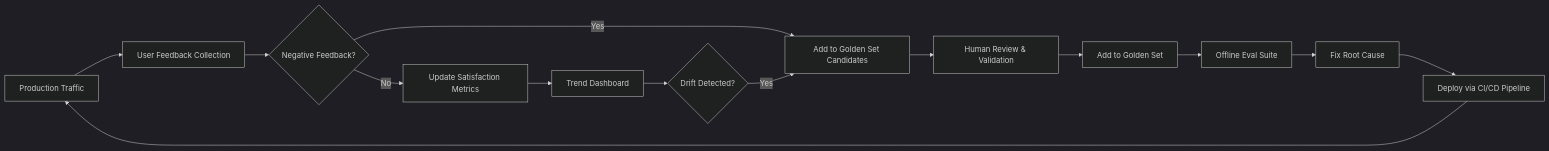
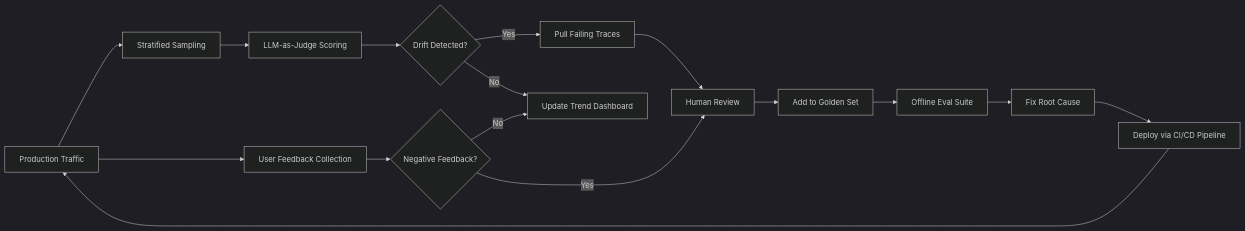
One commit to psssnikhil/learn-ai-engineering changed the diagram in docs/production/module-19-llm-evaluation-quality/lessons/06-production-monitoring-and-alerts.md. Above: the diagram before and after it, drawn with Mermaid (dark theme). The commit also changed other lines of this file and 37 other files, not shown here.

````diff
--- a/docs/production/module-19-llm-evaluation-quality/lessons/06-production-monitoring-and-alerts.md
+++ b/docs/production/module-19-llm-evaluation-quality/lessons/06-production-monitoring-and-alerts.md
@@ -145,16 +616,18 @@
 ```mermaid
 flowchart LR
-    A[Production Traffic] --> B[User Feedback Collection]
-    B --> C{Negative Feedback?}
-    C -->|Yes| D[Add to Golden Set Candidates]
-    C -->|No| E[Update Satisfaction Metrics]
-    D --> F[Human Review & Validation]
-    F --> G[Add to Golden Set]
-    G --> H[Offline Eval Suite]
-    H --> I[Fix Root Cause]
-    I --> J[Deploy via CI/CD Pipeline]
-    J --> A
-    E --> K[Trend Dashboard]
-    K --> L{Drift Detected?}
-    L -->|Yes| D
+    A[Production Traffic] --> B[Stratified Sampling]
+    B --> C[LLM-as-Judge Scoring]
+    C --> D{Drift Detected?}
+    D -->|Yes| E[Pull Failing Traces]
+    D -->|No| F[Update Trend Dashboard]
+    E --> G[Human Review]
+    G --> H[Add to Golden Set]
+    H --> I[Offline Eval Suite]
+    I --> J[Fix Root Cause]
+    J --> K[Deploy via CI/CD Pipeline]
+    K --> A
+    A --> L[User Feedback Collection]
+    L --> M{Negative Feedback?}
+    M -->|Yes| G
+    M -->|No| F
 ```
````
